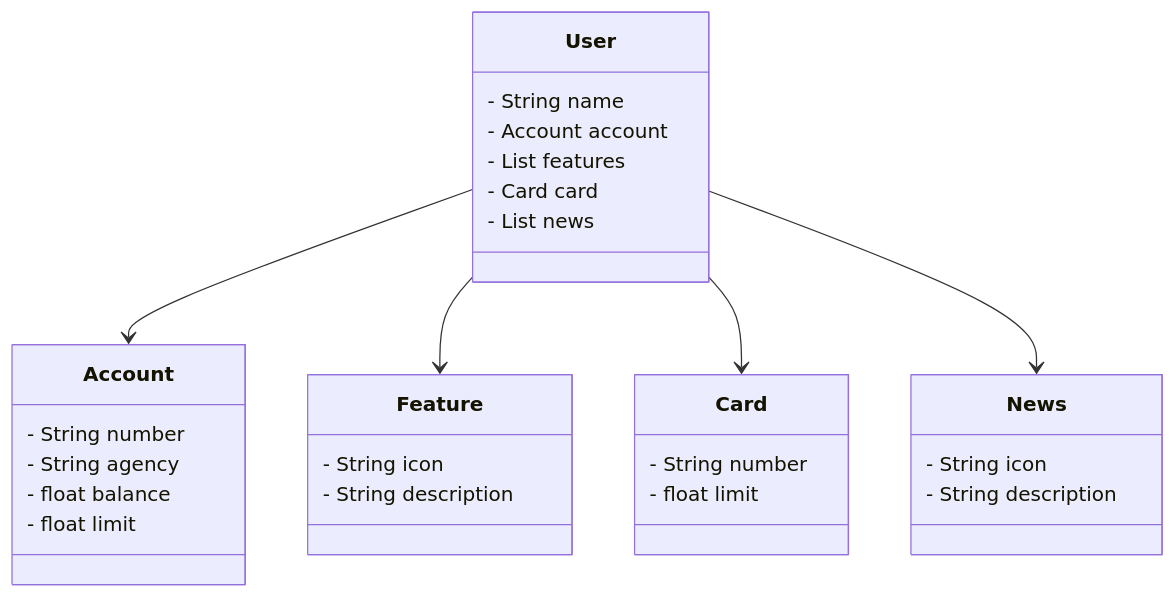
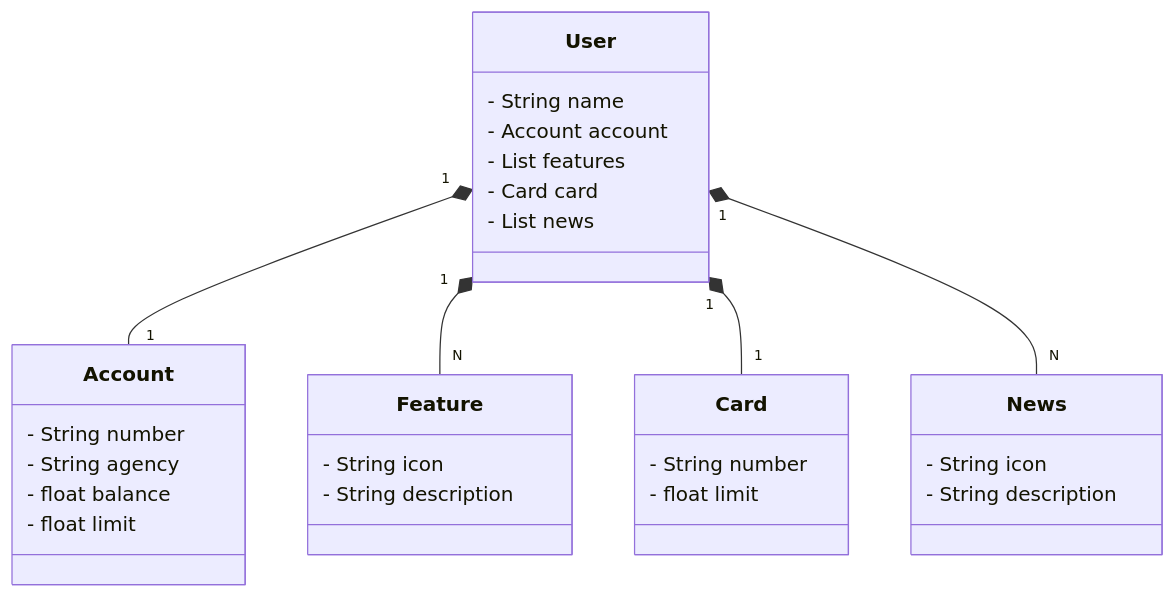
The diagram in README.md (felipreis/santander-java-backend), drawn with Mermaid before and after one commit.

````diff
--- a/README.md
+++ b/README.md
@@ -3,37 +3,37 @@
 ```mermaid
 classDiagram
  class User {
         - String name
         - Account account
         - List<Feature> features
         - Card card
         - List<News> news
     }
 
     class Account {
         - String number
         - String agency
         - float balance
         - float limit
     }
 
     class Feature {
         - String icon
         - String description
     }
 
     class Card {
         - String number
         - float limit
     }
 
     class News {
         - String icon
         - String description
     }
 
-    User --> Account
-    User --> Feature
-    User --> Card
-    User --> News
+    User "1" *-- "1" Account
+    User "1" *-- "N" Feature
+    User "1" *-- "1" Card
+    User "1" *-- "N" News
 ```
````
